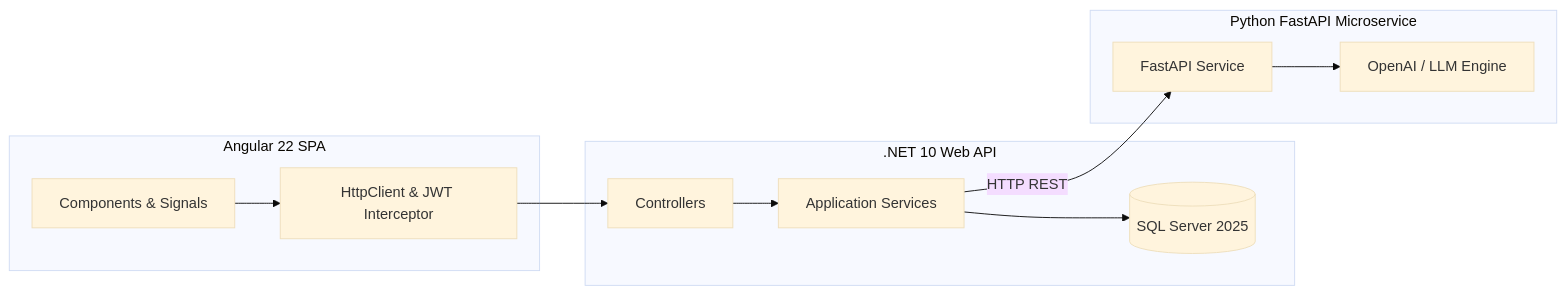
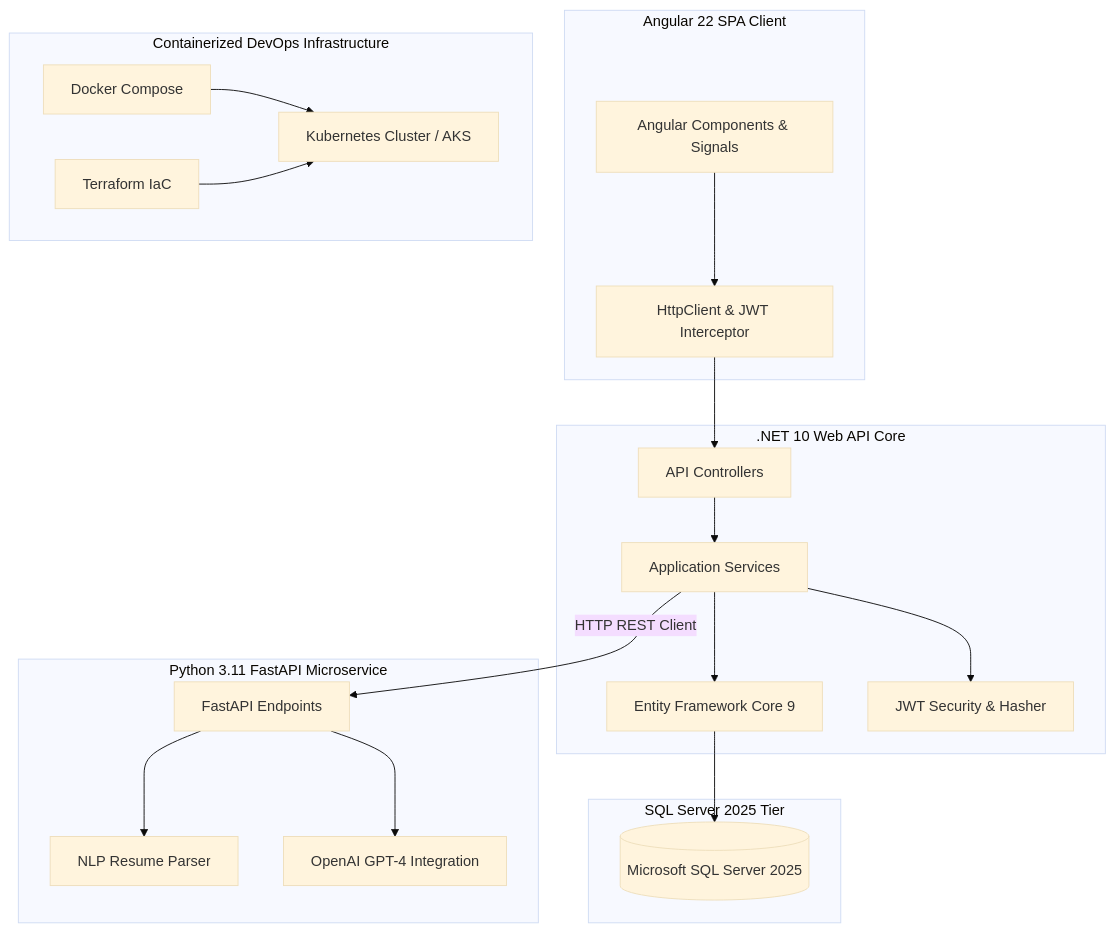
Before and after one commit to saicharanindia/ai-recruitment-platform: the diagram in README.md, drawn with Mermaid (base theme). The commit also changed other lines of this file, not shown here.

Commit message:
feat(graphics): add visual interface screenshot README.md

````diff
--- a/README.md
+++ b/README.md
@@ -21,17 +50,28 @@
 ```mermaid
-flowchart LR
-    subgraph Frontend [Angular 22 SPA]
-        UI[Components & Signals] --> HTTP[HttpClient & JWT Interceptor]
+flowchart TB
+    subgraph Client [Angular 22 SPA Client]
+        UI[Angular Components & Signals] --> HTTP[HttpClient & JWT Interceptor]
     end
 
-    subgraph Backend [.NET 10 Web API]
-        HTTP --> CTRL[Controllers]
+    subgraph API [.NET 10 Web API Core]
+        HTTP --> CTRL[API Controllers]
         CTRL --> SVC[Application Services]
-        SVC --> DB[(SQL Server 2025)]
+        SVC --> EF[Entity Framework Core 9]
+        SVC --> AUTH[JWT Security & Hasher]
     end
 
-    subgraph AIService [Python FastAPI Microservice]
-        SVC -->|HTTP REST| AI[FastAPI Service]
-        AI --> LLM[OpenAI / LLM Engine]
+    subgraph Microservice [Python 3.11 FastAPI Microservice]
+        SVC -->|HTTP REST Client| AI[FastAPI Endpoints]
+        AI --> NLP[NLP Resume Parser]
+        AI --> LLM[OpenAI GPT-4 Integration]
+    end
+
+    subgraph Database [SQL Server 2025 Tier]
+        EF --> DB[(Microsoft SQL Server 2025)]
+    end
+
+    subgraph CloudDevOps [Containerized DevOps Infrastructure]
+        DOCKER[Docker Compose] --> K8S[Kubernetes Cluster / AKS]
+        TERRAFORM[Terraform IaC] --> K8S
     end
 ```
````
